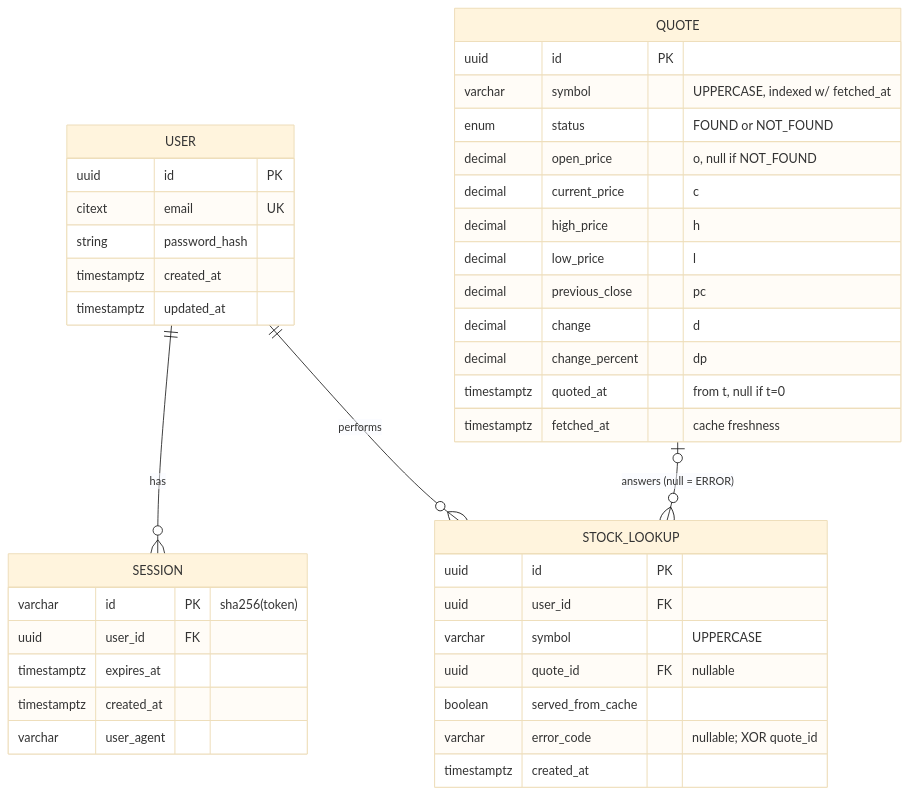
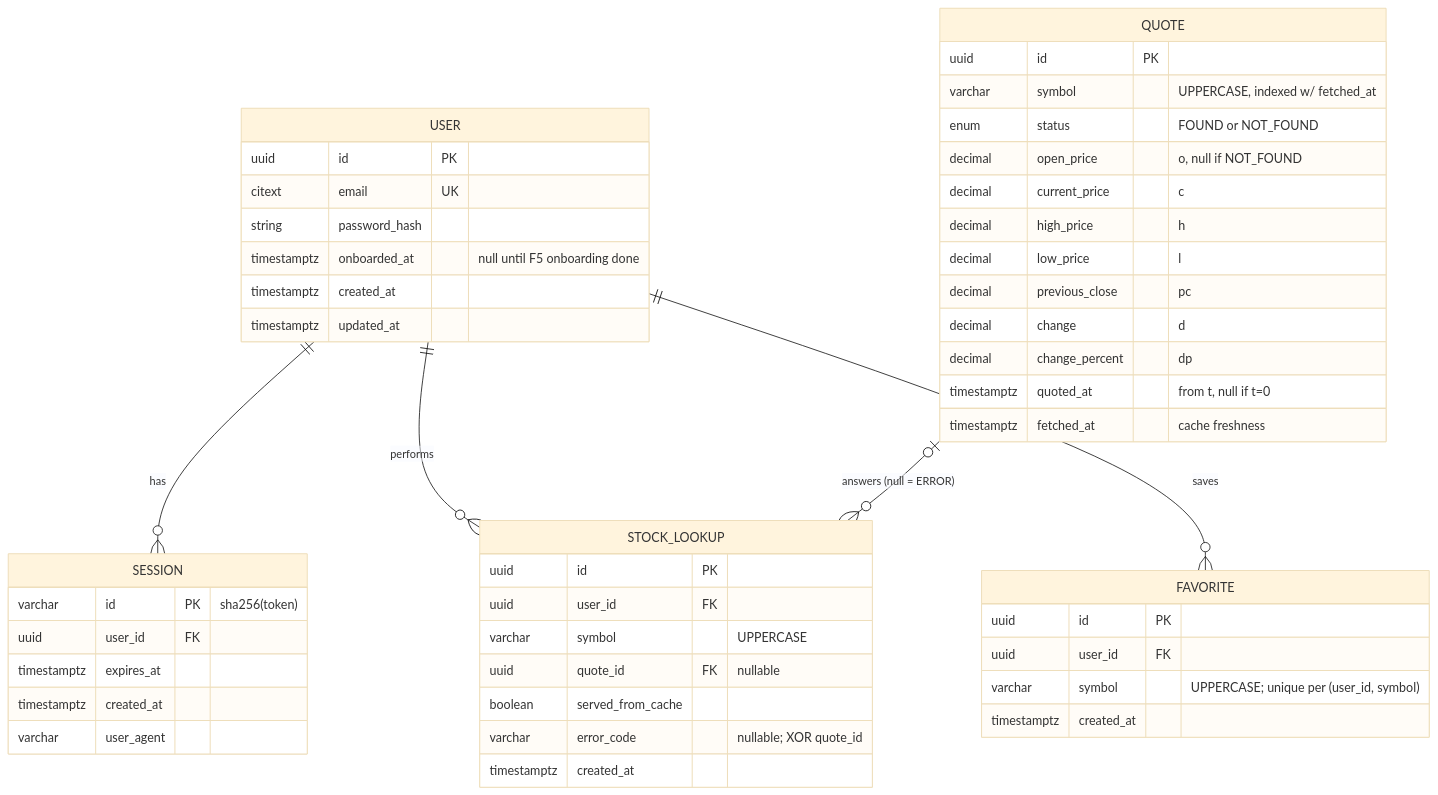
Before and after one commit to QuinnTjin/stock-search: the diagram in docs/data-model.md, drawn with Mermaid (base theme). The commit also changed other lines of this file and 21 other files, not shown here.

````diff
--- a/docs/data-model.md
+++ b/docs/data-model.md
@@ -5,44 +5,52 @@
 ```mermaid
 erDiagram
     USER ||--o{ SESSION : "has"
     USER ||--o{ STOCK_LOOKUP : "performs"
+    USER ||--o{ FAVORITE : "saves"
     QUOTE |o--o{ STOCK_LOOKUP : "answers (null = ERROR)"
 
     USER {
         uuid id PK
         citext email UK
         string password_hash
+        timestamptz onboarded_at "null until F5 onboarding done"
         timestamptz created_at
         timestamptz updated_at
+    }
+    FAVORITE {
+        uuid id PK
+        uuid user_id FK
+        varchar symbol "UPPERCASE; unique per (user_id, symbol)"
+        timestamptz created_at
     }
     SESSION {
         varchar id PK "sha256(token)"
         uuid user_id FK
         timestamptz expires_at
         timestamptz created_at
         varchar user_agent
     }
     QUOTE {
         uuid id PK
         varchar symbol "UPPERCASE, indexed w/ fetched_at"
         enum status "FOUND or NOT_FOUND"
         decimal open_price "o, null if NOT_FOUND"
         decimal current_price "c"
         decimal high_price "h"
         decimal low_price "l"
         decimal previous_close "pc"
         decimal change "d"
         decimal change_percent "dp"
         timestamptz quoted_at "from t, null if t=0"
         timestamptz fetched_at "cache freshness"
     }
     STOCK_LOOKUP {
         uuid id PK
         uuid user_id FK
         varchar symbol "UPPERCASE"
         uuid quote_id FK "nullable"
         boolean served_from_cache
         varchar error_code "nullable; XOR quote_id"
         timestamptz created_at
     }
 ```
````
